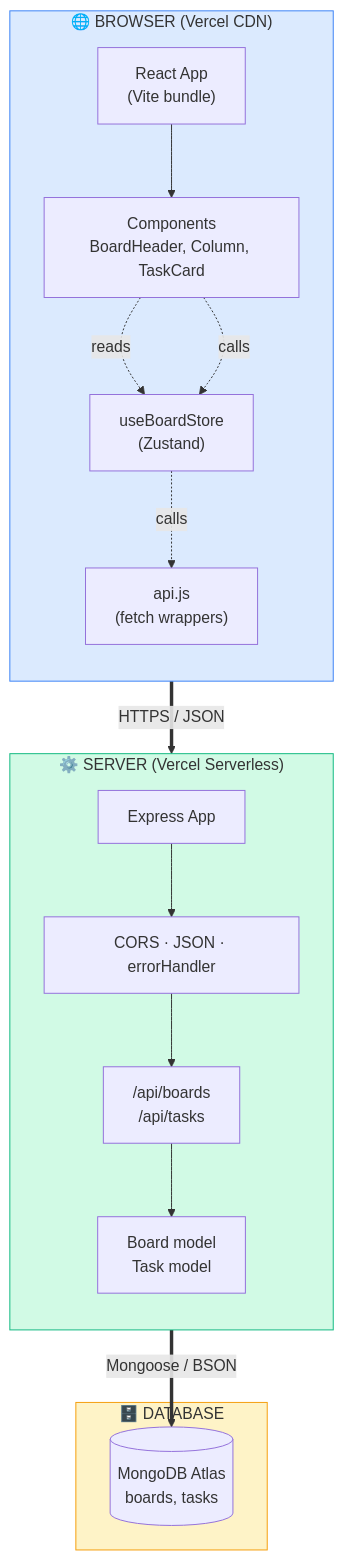
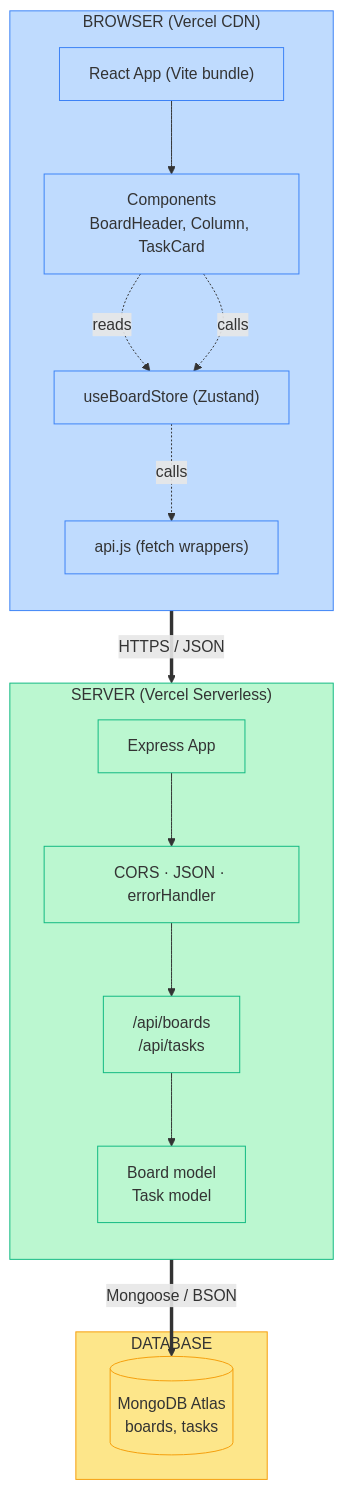
Before and after one commit to ahmadkhalil2021/fullstack-task-board: the second of 7 diagrams in docs/build-architecture.md, drawn with Mermaid. The commit also changed other lines of this file, not shown here.

First line of the commit message:
Fix dark mode font visibility in Mermaid diagrams

````diff
--- a/docs/build-architecture.md
+++ b/docs/build-architecture.md
@@ -45,36 +51,40 @@
 ```mermaid
 graph TB
-    subgraph Browser["🌐 BROWSER (Vercel CDN)"]
+    subgraph Browser["BROWSER (Vercel CDN)"]
         direction TB
-        React["React App<br/>(Vite bundle)"]
+        React["React App (Vite bundle)"]
         Components["Components<br/>BoardHeader, Column, TaskCard"]
-        Store["useBoardStore<br/>(Zustand)"]
-        ApiLayer["api.js<br/>(fetch wrappers)"]
+        Store["useBoardStore (Zustand)"]
+        ApiLayer["api.js (fetch wrappers)"]
         React --> Components
         Components -. reads .-> Store
         Components -. calls .-> Store
         Store -. calls .-> ApiLayer
     end
 
-    subgraph Server["⚙️ SERVER (Vercel Serverless)"]
+    subgraph Server["SERVER (Vercel Serverless)"]
         direction TB
         Express["Express App"]
         Middlewares["CORS · JSON · errorHandler"]
         Routes["/api/boards<br/>/api/tasks"]
         Models["Board model<br/>Task model"]
         Express --> Middlewares
         Middlewares --> Routes
         Routes --> Models
     end
 
-    subgraph Database["🗄️ DATABASE"]
+    subgraph Database["DATABASE"]
         MongoDB[("MongoDB Atlas<br/>boards, tasks")]
     end
 
     ApiLayer == "HTTPS / JSON" ==> Express
     Models == "Mongoose / BSON" ==> MongoDB
 
-    style Browser fill:#dbeafe,stroke:#3b82f6
-    style Server fill:#d1fae5,stroke:#10b981
-    style Database fill:#fef3c7,stroke:#f59e0b
+    classDef browserStyle fill:#bfdbfe,stroke:#3b82f6
+    classDef serverStyle fill:#bbf7d0,stroke:#10b981
+    classDef dbStyle fill:#fde68a,stroke:#f59e0b
+
+    class Browser,React,Components,Store,ApiLayer browserStyle
+    class Server,Express,Middleware,Middlewares,Routes,Models serverStyle
+    class Database,MongoDB dbStyle
 ```
````
